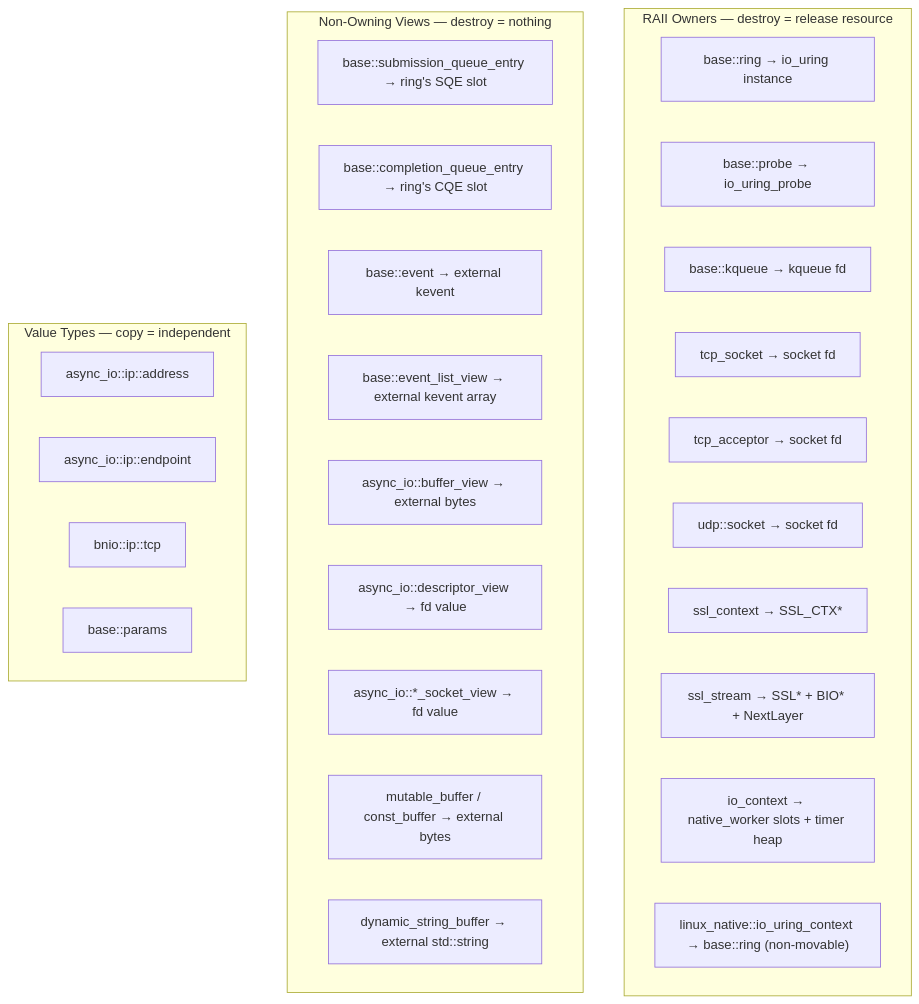
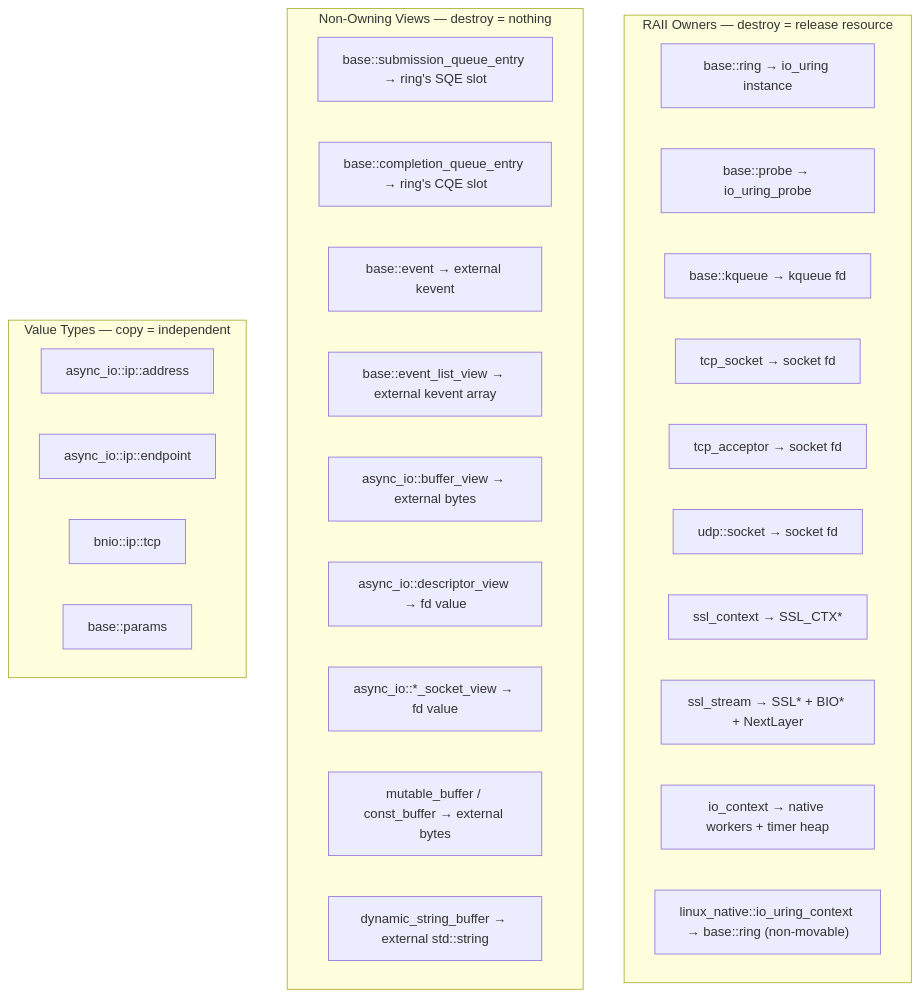
Before and after one commit to haomingbai/bnio: the first of 3 diagrams in docs/design/lifecycle.md, drawn with Mermaid. The commit also changed other lines of this file and 44 other files, not shown here.

````diff
--- a/docs/design/lifecycle.md
+++ b/docs/design/lifecycle.md
@@ -12,34 +12,34 @@
 ```mermaid
 graph TB
     subgraph OWN["RAII Owners — destroy = release resource"]
         O1["base::ring → io_uring instance"]
         O2["base::probe → io_uring_probe"]
         O3["base::kqueue → kqueue fd"]
         O4["tcp_socket → socket fd"]
         O5["tcp_acceptor → socket fd"]
         O5b["udp::socket → socket fd"]
         O6["ssl_context → SSL_CTX*"]
         O7["ssl_stream → SSL* + BIO* + NextLayer"]
-        O8["io_context → native_worker slots + timer heap"]
+        O8["io_context → native workers + timer heap"]
         O9["linux_native::io_uring_context → base::ring (non-movable)"]
     end
 
     subgraph VIEW["Non-Owning Views — destroy = nothing"]
         V1["base::submission_queue_entry → ring's SQE slot"]
         V2["base::completion_queue_entry → ring's CQE slot"]
         V3["base::event → external kevent"]
         V4["base::event_list_view → external kevent array"]
         V5["async_io::buffer_view → external bytes"]
         V6["async_io::descriptor_view → fd value"]
         V7["async_io::*_socket_view → fd value"]
         V8["mutable_buffer / const_buffer → external bytes"]
         V9["dynamic_string_buffer → external std::string"]
     end
 
     subgraph VAL["Value Types — copy = independent"]
         VL1["async_io::ip::address"]
         VL2["async_io::ip::endpoint"]
         VL3["bnio::ip::tcp"]
         VL4["base::params"]
     end
 ```
````
